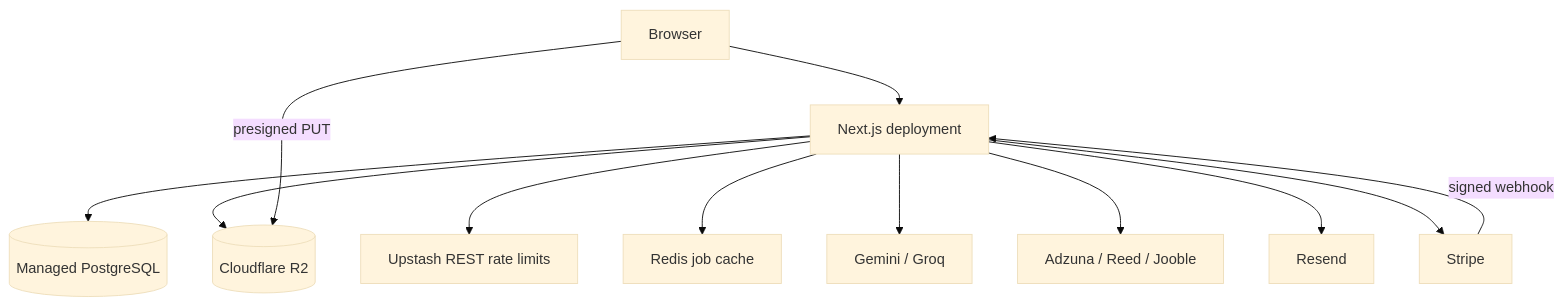
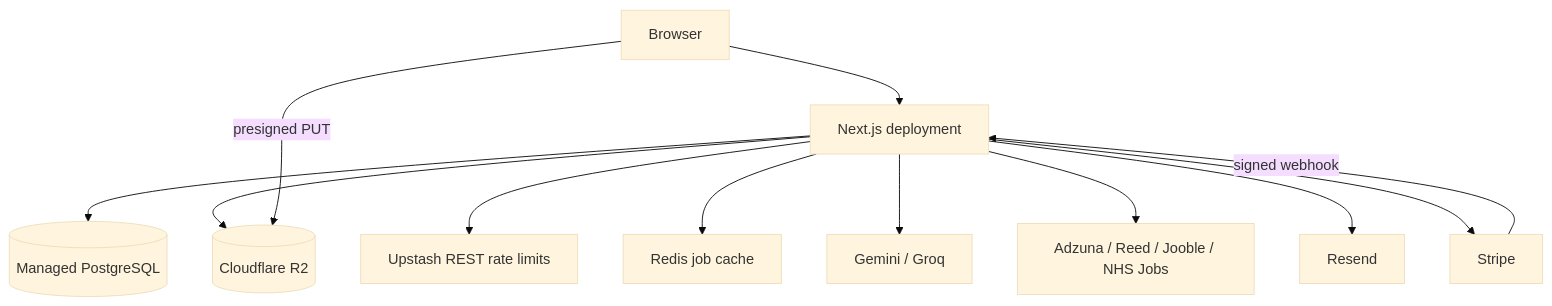
The diagram in docs/DEPLOYMENT.md (mirzahussnain/align), drawn with Mermaid (base theme) before and after one commit. The commit also changed other lines of this file and 16 other files, not shown here.

Commit message:
feat: integrate NHS Jobs search

````diff
--- a/docs/DEPLOYMENT.md
+++ b/docs/DEPLOYMENT.md
@@ -9,14 +9,14 @@
 ```mermaid
 flowchart TB
   Web[Next.js deployment] --> DB[(Managed PostgreSQL)]
   Web --> R2[(Cloudflare R2)]
   Web --> RL[Upstash REST rate limits]
   Web --> RC[Redis job cache]
   Web --> AI[Gemini / Groq]
-  Web --> Jobs[Adzuna / Reed / Jooble]
+  Web --> Jobs[Adzuna / Reed / Jooble / NHS Jobs]
   Web --> Mail[Resend]
   Web --> Pay[Stripe]
   Browser --> Web
   Browser -->|presigned PUT| R2
   Pay -->|signed webhook| Web
 ```
````
